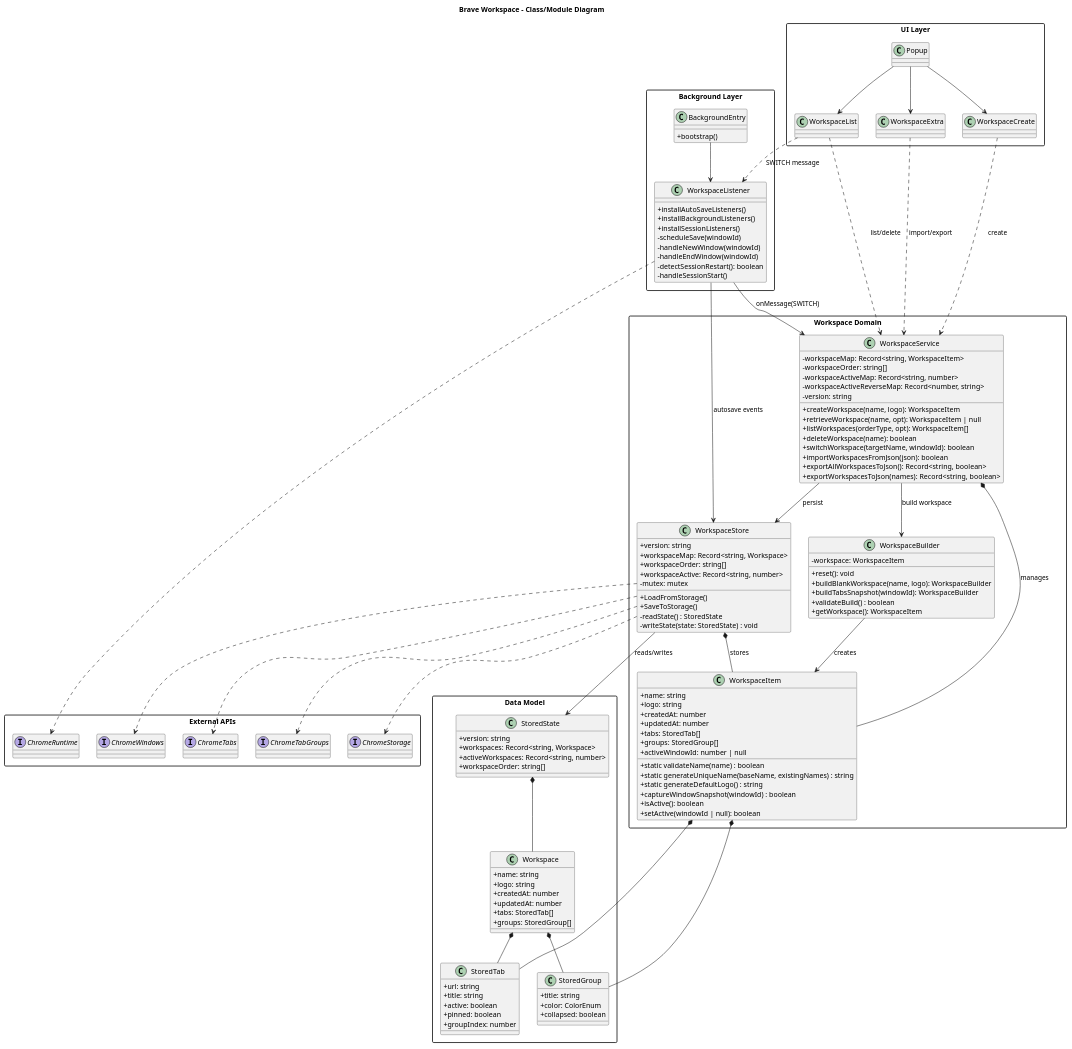
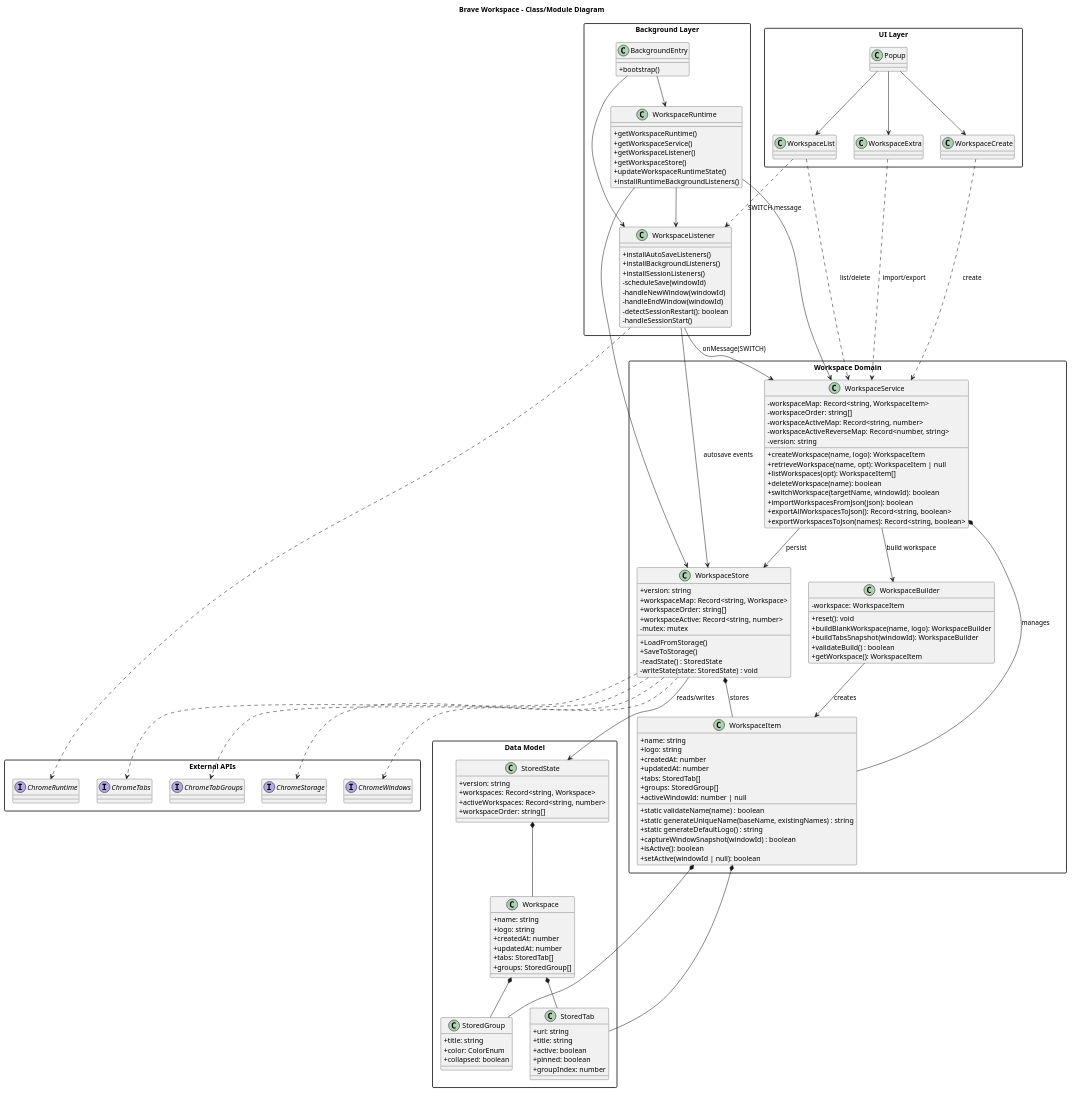
Before and after one commit to Ledge2494/chrome-workspace: the diagram in docs/UML/class.plantuml, drawn with PlantUML. The commit also changed 33 other files, not shown here.

```diff
--- a/docs/UML/class.plantuml
+++ b/docs/UML/class.plantuml
@@ -1,163 +1,176 @@
 @startuml
 title Brave Workspace - Class/Module Diagram
 
 skinparam packageStyle rectangle
 skinparam classAttributeIconSize 0
 
 package "UI Layer" {
 	class Popup
 	class WorkspaceList
 	class WorkspaceCreate
 	class WorkspaceExtra
 }
 
 package "Background Layer" {
 	class BackgroundEntry {
 		+bootstrap()
+	}
+
+	class WorkspaceRuntime {
+		+getWorkspaceRuntime()
+		+getWorkspaceService()
+		+getWorkspaceListener()
+		+getWorkspaceStore()
+		+updateWorkspaceRuntimeState()
+		+installRuntimeBackgroundListeners()
 	}
 
 	class WorkspaceListener {
 		+installAutoSaveListeners()
 		+installBackgroundListeners()
 		+installSessionListeners()
 		-scheduleSave(windowId)
 		-handleNewWindow(windowId)
 		-handleEndWindow(windowId)
 		-detectSessionRestart(): boolean
 		-handleSessionStart()
 	}
 }
 
 package "Workspace Domain" {
 	class WorkspaceService {
         - workspaceMap: Record<string, WorkspaceItem>
         - workspaceOrder: string[]
         ' Active workspace mapping is stored in two maps for efficient lookup in both directions (workspaceName <-> windowId)
         ' Workspace name -> windowId
         - workspaceActiveMap: Record<string, number>
         ' windowId -> workspaceName
         - workspaceActiveReverseMap: Record<number, string>
         - version: string
         +createWorkspace(name, logo): WorkspaceItem
         +retrieveWorkspace(name, opt): WorkspaceItem | null
-        +listWorkspaces(orderType, opt): WorkspaceItem[]
+        +listWorkspaces(opt): WorkspaceItem[]
         +deleteWorkspace(name): boolean
 		+switchWorkspace(targetName, windowId): boolean
         +importWorkspacesFromJson(json): boolean
         +exportAllWorkspacesToJson(): Record<string, boolean>
         +exportWorkspacesToJson(names): Record<string, boolean>
 	}
 
     class WorkspaceBuilder {
         -workspace: WorkspaceItem
         +reset(): void
         +buildBlankWorkspace(name, logo): WorkspaceBuilder
         +buildTabsSnapshot(windowId): WorkspaceBuilder
         +validateBuild() : boolean
         +getWorkspace(): WorkspaceItem
     }
 
     class WorkspaceItem {
         +name: string
         +logo: string
         +createdAt: number
         +updatedAt: number
         +tabs: StoredTab[]
         +groups: StoredGroup[]
         +activeWindowId: number | null
         +static validateName(name) : boolean
         +static generateUniqueName(baseName, existingNames) : string
         +static generateDefaultLogo() : string
         +captureWindowSnapshot(windowId) : boolean
         +isActive(): boolean
         +setActive(windowId | null): boolean
     }
 
 	class WorkspaceStore {
 		+version: string
         +workspaceMap: Record<string, Workspace>
         +workspaceOrder: string[]
         +workspaceActive: Record<string, number>
         -mutex: mutex
         +LoadFromStorage()
         +SaveToStorage()
         -readState() : StoredState
         -writeState(state: StoredState) : void
 	}
 }
 
 package "Data Model" {
 	class StoredState {
 		+version: string
 		+workspaces: Record<string, Workspace>
 		+activeWorkspaces: Record<string, number>
 		+workspaceOrder: string[]
 	}
 
 	class Workspace {
 		+name: string
 		+logo: string
 		+createdAt: number
 		+updatedAt: number
 		+tabs: StoredTab[]
 		+groups: StoredGroup[]
 	}
 
 	class StoredTab {
 		+url: string
 		+title: string
 		+active: boolean
 		+pinned: boolean
 		+groupIndex: number
 	}
 
 	class StoredGroup {
 		+title: string
 		+color: ColorEnum
 		+collapsed: boolean
 	}
 }
 
 package "External APIs" {
 	interface ChromeStorage
 	interface ChromeRuntime
 	interface ChromeWindows
 	interface ChromeTabs
 	interface ChromeTabGroups
 }
 
 Popup --> WorkspaceList
 Popup --> WorkspaceCreate
 Popup --> WorkspaceExtra
 
 WorkspaceList ..> WorkspaceService : list/delete
 WorkspaceCreate ..> WorkspaceService : create
 WorkspaceExtra ..> WorkspaceService : import/export
 WorkspaceList ..> WorkspaceListener : SWITCH message
 
 BackgroundEntry --> WorkspaceListener
+BackgroundEntry --> WorkspaceRuntime
+WorkspaceRuntime --> WorkspaceService
+WorkspaceRuntime --> WorkspaceListener
+WorkspaceRuntime --> WorkspaceStore
 WorkspaceListener --> WorkspaceService : onMessage(SWITCH)
 WorkspaceListener --> WorkspaceStore : autosave events
 
 WorkspaceService --> WorkspaceStore : persist
 WorkspaceService --> WorkspaceBuilder : build workspace
 WorkspaceService *-- WorkspaceItem : manages
 
 WorkspaceBuilder --> WorkspaceItem : creates
 
 WorkspaceStore *-- WorkspaceItem : stores
 WorkspaceStore --> StoredState : reads/writes
 StoredState *-- Workspace
 Workspace *-- StoredTab
 Workspace *-- StoredGroup
 
 WorkspaceItem *-- StoredTab
 WorkspaceItem *-- StoredGroup
 
 WorkspaceListener ..> ChromeRuntime
 WorkspaceStore ..> ChromeStorage
 WorkspaceStore ..> ChromeWindows
 WorkspaceStore ..> ChromeTabs
 WorkspaceStore ..> ChromeTabGroups
 
 @enduml
```
